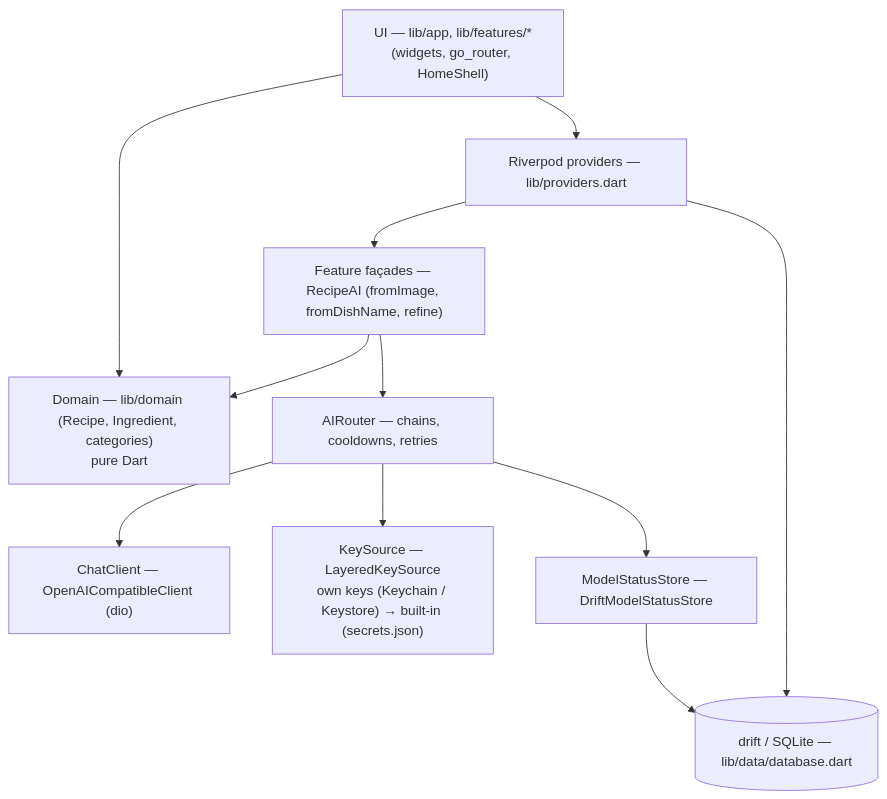
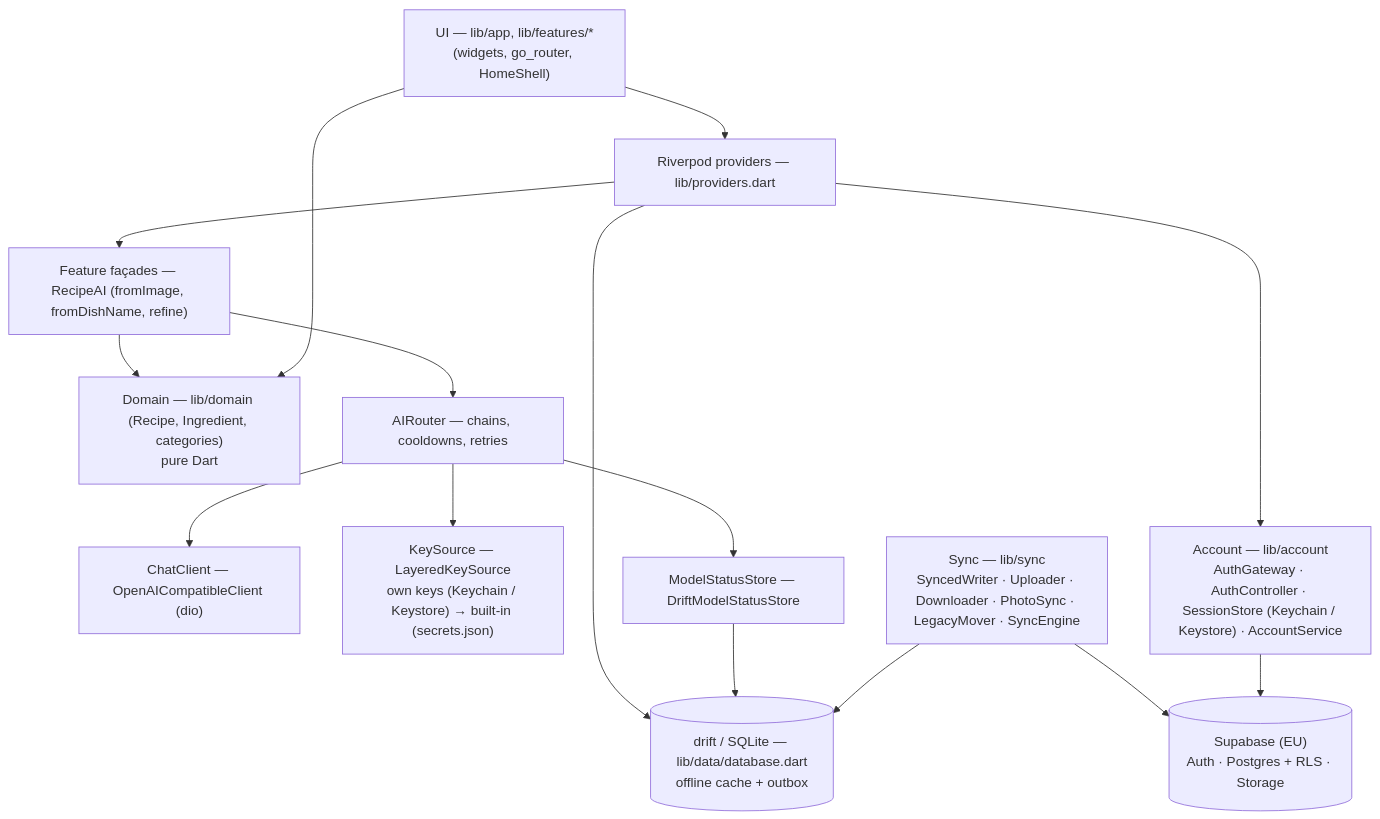
One commit to anjahubac/tavli changed the first of 3 diagrams in docs/architecture.md. Above: the diagram before and after it, drawn with Mermaid. The commit also changed other lines of this file and 112 other files, not shown here.

````diff
--- a/docs/architecture.md
+++ b/docs/architecture.md
@@ -5,23 +10,30 @@
 ```mermaid
 flowchart TD
   UI["UI — lib/app, lib/features/*<br/>(widgets, go_router, HomeShell)"]
   P["Riverpod providers — lib/providers.dart"]
   F["Feature façades — RecipeAI (fromImage, fromDishName, refine)"]
   D["Domain — lib/domain (Recipe, Ingredient, categories)<br/>pure Dart"]
   R["AIRouter — chains, cooldowns, retries"]
   C["ChatClient — OpenAICompatibleClient (dio)"]
   K["KeySource — LayeredKeySource<br/>own keys (Keychain / Keystore) → built-in (secrets.json)"]
   S["ModelStatusStore — DriftModelStatusStore"]
-  DB[("drift / SQLite — lib/data/database.dart")]
+  DB[("drift / SQLite — lib/data/database.dart<br/>offline cache + outbox")]
+  SY["Sync — lib/sync<br/>SyncedWriter · Uploader · Downloader · PhotoSync · LegacyMover · SyncEngine"]
+  AU["Account — lib/account<br/>AuthGateway · AuthController · SessionStore (Keychain / Keystore) · AccountService"]
+  SB[("Supabase (EU)<br/>Auth · Postgres + RLS · Storage")]
 
   UI --> P
   P --> F
   P --> DB
   F --> R
   F --> D
   R --> C
   R --> K
   R --> S
   S --> DB
   UI --> D
+  P --> AU
+  SY --> DB
+  SY --> SB
+  AU --> SB
 ```
````
